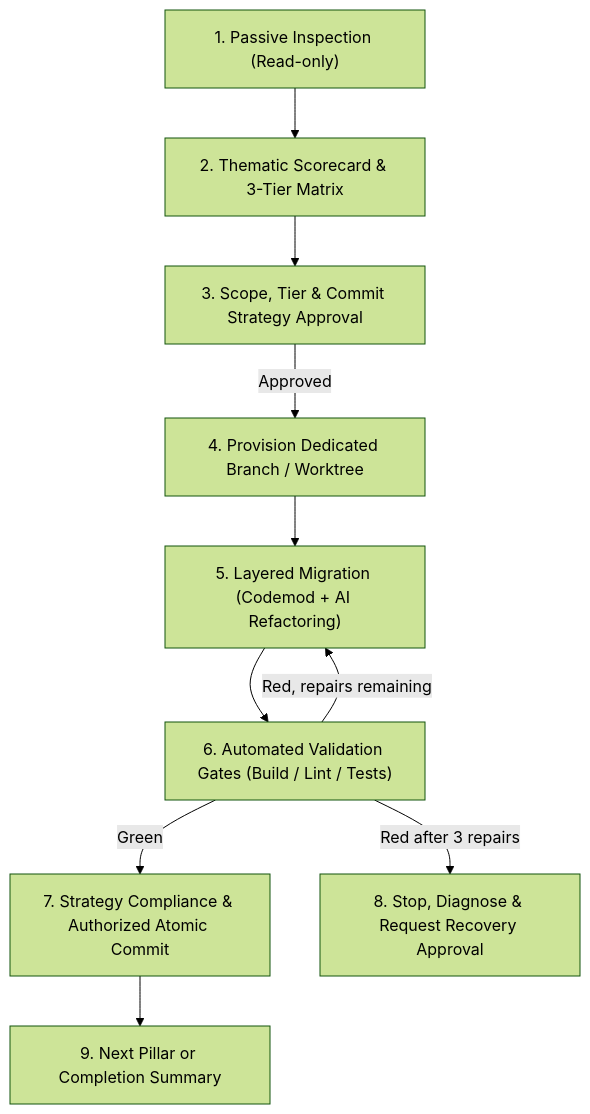
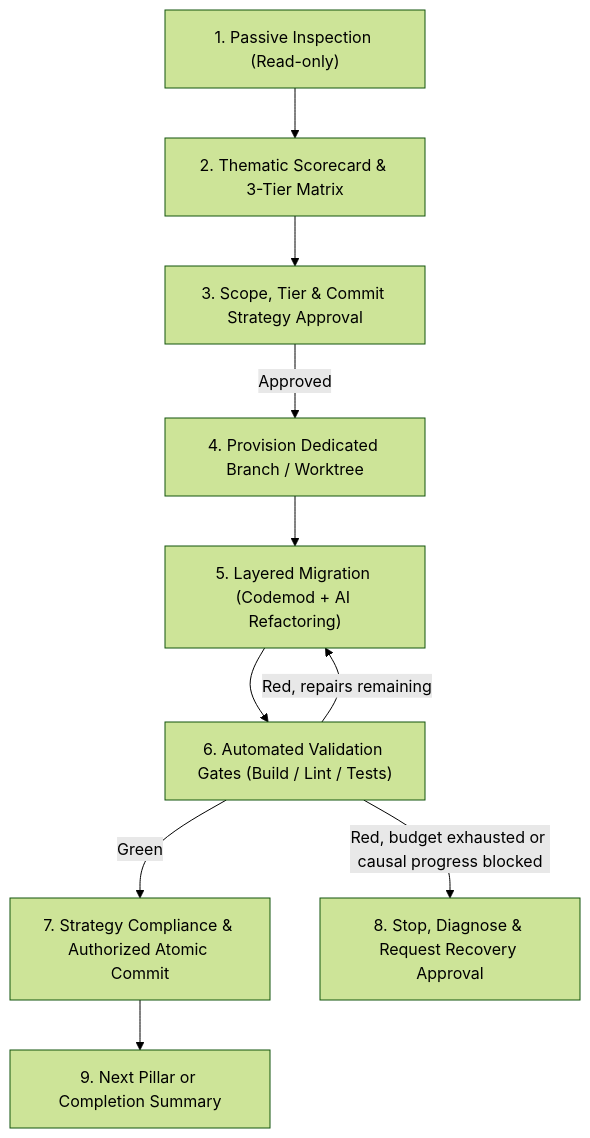
The diagram in skills/repo-modernizer-acrazie/SKILL.md (Acrazie/skills), drawn with Mermaid (forest theme) before and after one commit. The commit also changed other lines of this file and 111 other files, not shown here.

````diff
--- a/skills/repo-modernizer-acrazie/SKILL.md
+++ b/skills/repo-modernizer-acrazie/SKILL.md
@@ -91,12 +91,12 @@
 ```mermaid
 flowchart TD
   A["1. Passive Inspection (Read-only)"] --> B["2. Thematic Scorecard & 3-Tier Matrix"]
   B --> C["3. Scope, Tier & Commit Strategy Approval"]
   C -->|Approved| D["4. Provision Dedicated Branch / Worktree"]
   D --> E["5. Layered Migration (Codemod + AI Refactoring)"]
   E --> F["6. Automated Validation Gates (Build / Lint / Tests)"]
   F -->|Green| G["7. Strategy Compliance & Authorized Atomic Commit"]
   F -->|Red, repairs remaining| E
-  F -->|Red after 3 repairs| H["8. Stop, Diagnose & Request Recovery Approval"]
+  F -->|Red, budget exhausted or causal progress blocked| H["8. Stop, Diagnose & Request Recovery Approval"]
   G --> I["9. Next Pillar or Completion Summary"]
 ```
````
